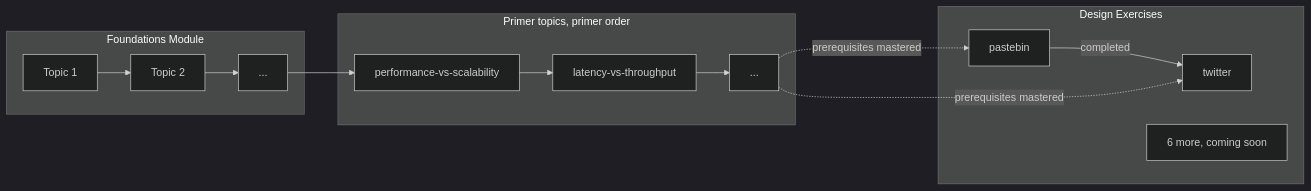
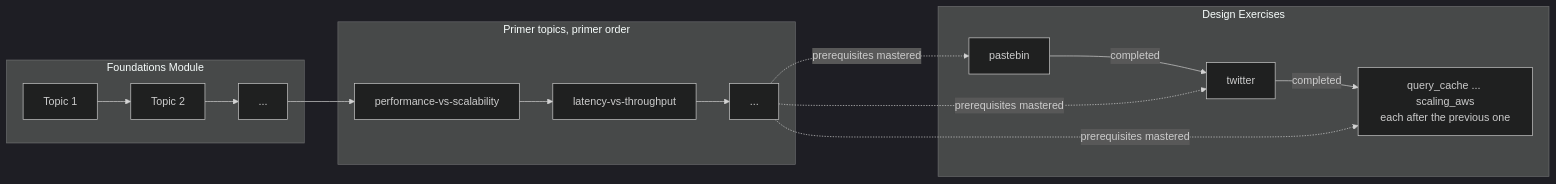
The diagram in docs/Learning Path Implementation.md (jbclaramonte/system-design-from-scratch), drawn with Mermaid (dark theme) before and after one commit. The commit also changed other lines of this file and 12 other files, not shown here.

First line of the commit message:
feat: Design Exercises 3 to 8 (query cache, web crawler, social graph, sales rank, Mint, AWS scaling)

````diff
--- a/docs/Learning Path Implementation.md
+++ b/docs/Learning Path Implementation.md
@@ -15,16 +15,17 @@
 ```mermaid
 flowchart LR
   subgraph F[Foundations Module]
     F1[Topic 1] --> F2[Topic 2] --> Fn[...]
   end
   subgraph P[Primer topics, primer order]
     P1[performance-vs-scalability] --> P2[latency-vs-throughput] --> Pn[...]
   end
   subgraph D[Design Exercises]
     D1[pastebin] -- completed --> D2[twitter]
-    D3[6 more, coming soon]
+    D2 -- completed --> D3[query_cache ... scaling_aws<br/>each after the previous one]
   end
   Fn --> P1
   Pn -. prerequisites mastered .-> D1
   Pn -. prerequisites mastered .-> D2
+  Pn -. prerequisites mastered .-> D3
 ```
````
